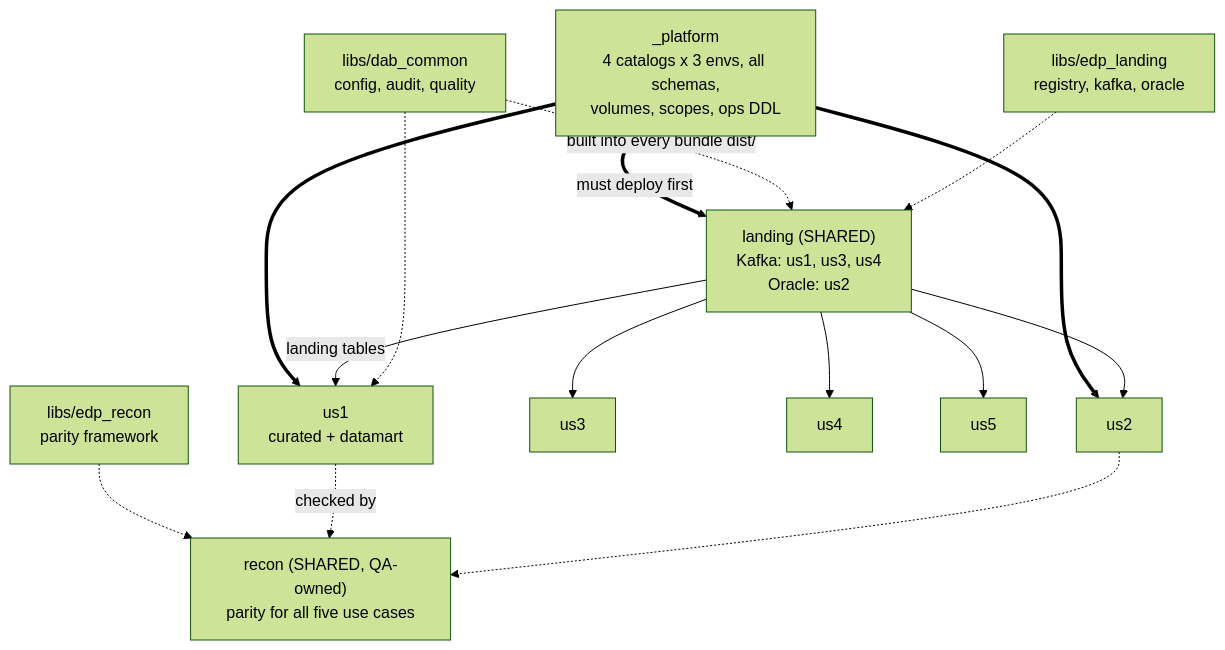
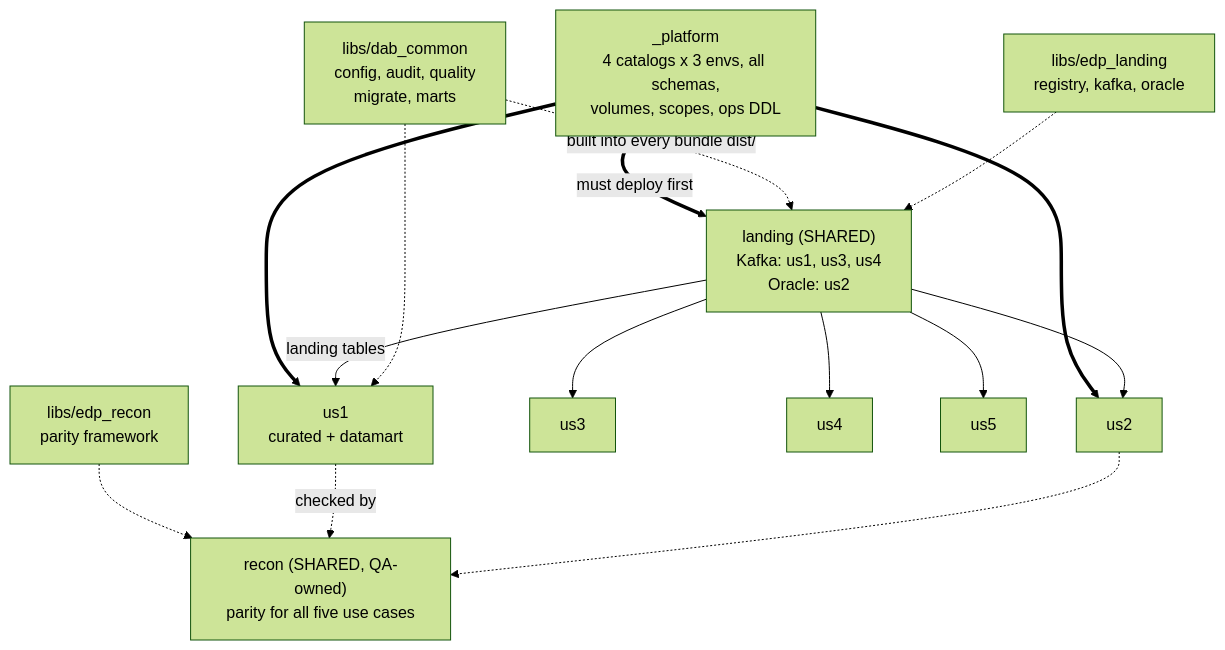
The diagram in docs/01-architecture.md (ravikreddy2025/dbw_dab_repo_project_template), drawn with Mermaid (forest theme) before and after one commit. The commit also changed other lines of this file and 121 other files, not shown here.

````diff
--- a/docs/01-architecture.md
+++ b/docs/01-architecture.md
@@ -79,31 +79,31 @@
 ```mermaid
 flowchart TB
     P["_platform<br/>4 catalogs x 3 envs, all schemas,<br/>volumes, scopes, ops DDL"]
     L["landing (SHARED)<br/>Kafka: us1, us3, us4<br/>Oracle: us2"]
     U1["us1<br/>curated + datamart"]
     U2["us2"]
     U3["us3"]
     U4["us4"]
     U5["us5"]
 
     RC["recon (SHARED, QA-owned)<br/>parity for all five use cases"]
 
-    DC["libs/dab_common<br/>config, audit, quality"]
+    DC["libs/dab_common<br/>config, audit, quality<br/>migrate, marts"]
     EL["libs/edp_landing<br/>registry, kafka, oracle"]
     ER["libs/edp_recon<br/>parity framework"]
 
     P ==>|"must deploy first"| L
     P ==> U1
     P ==> U2
     L -->|"landing tables"| U1
     L --> U2
     L --> U3
     L --> U4
     L --> U5
     DC -.->|"built into every bundle dist/"| L
     DC -.-> U1
     EL -.-> L
     ER -.-> RC
     U1 -.->|"checked by"| RC
     U2 -.-> RC
 ```
````
